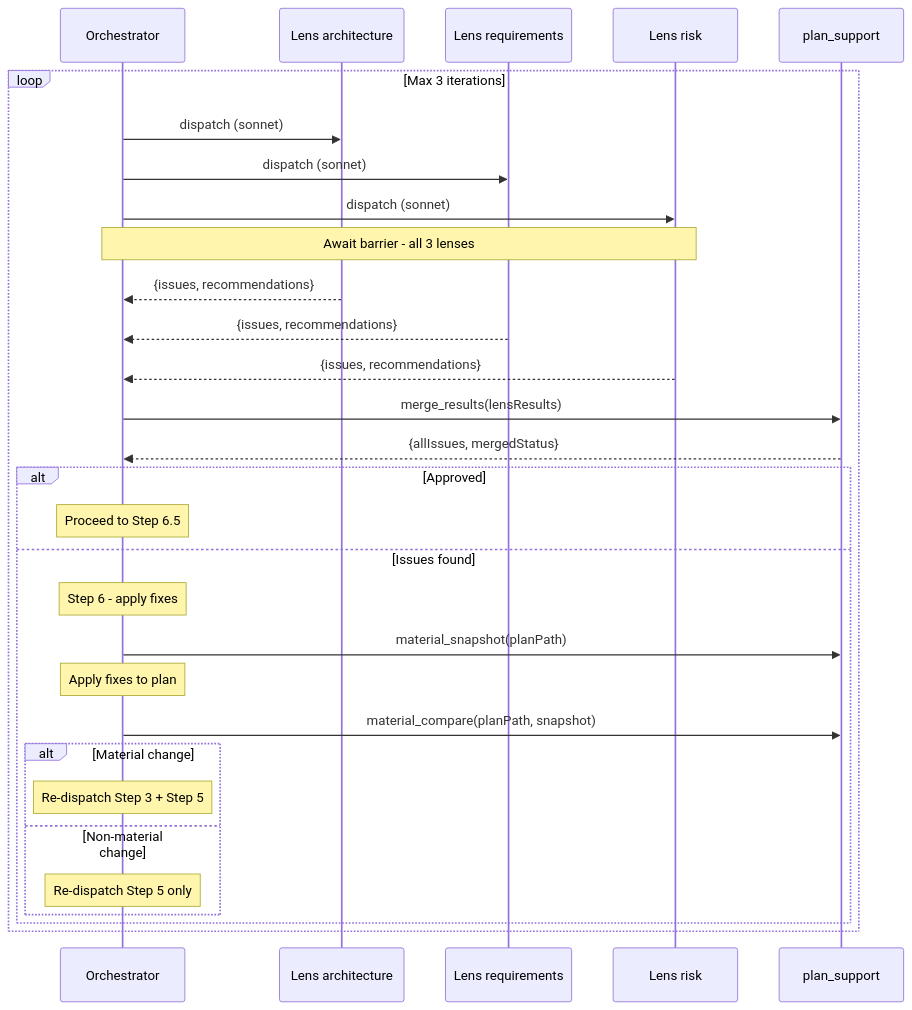
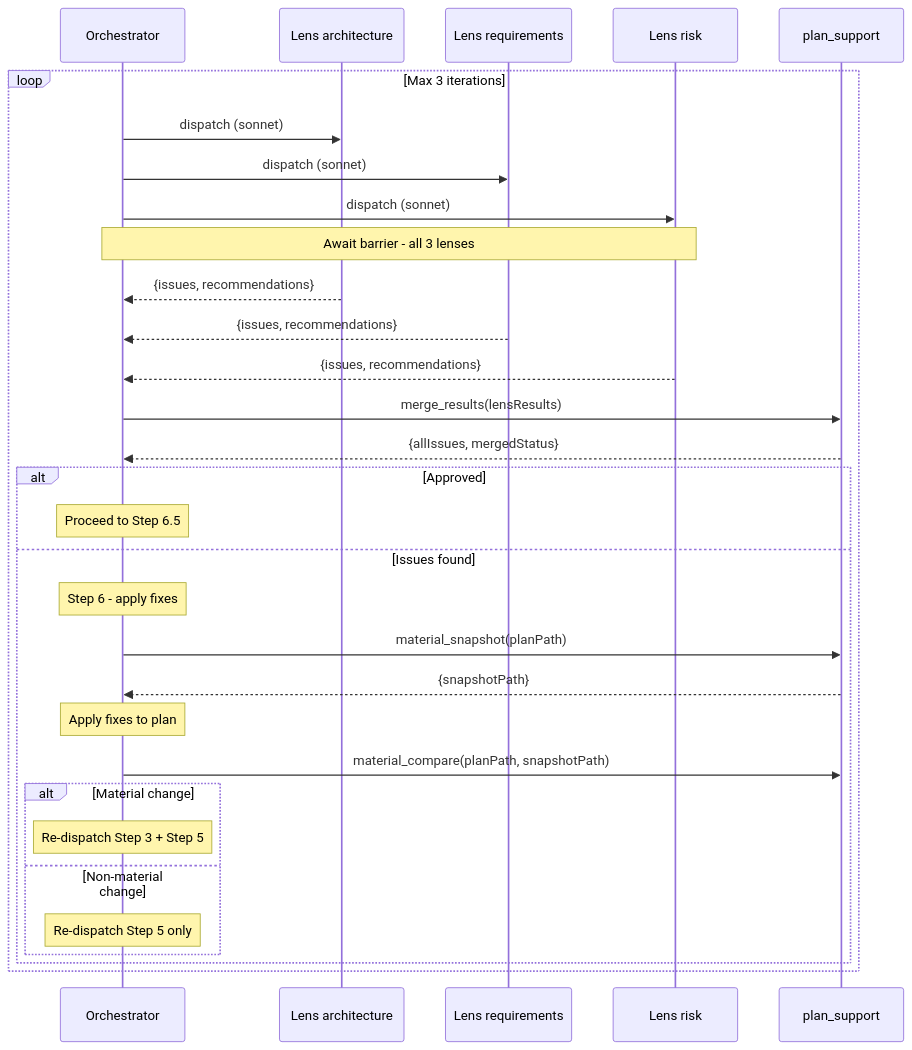
One commit to rnagrodzki/sdlc-plugin changed the third of 4 diagrams in docs/plan-architecture.md. Above: the diagram before and after it, drawn with Mermaid. The commit also changed other lines of this file and 62 other files, not shown here.

````diff
--- a/docs/plan-architecture.md
+++ b/docs/plan-architecture.md
@@ -411,36 +413,37 @@
 ```mermaid
 sequenceDiagram
     participant O as Orchestrator
     participant A as Lens architecture
     participant R as Lens requirements
     participant K as Lens risk
     participant PS as plan_support
 
     loop Max 3 iterations
         O->>A: dispatch (sonnet)
         O->>R: dispatch (sonnet)
         O->>K: dispatch (sonnet)
         Note over O,K: Await barrier - all 3 lenses
 
         A-->>O: {issues, recommendations}
         R-->>O: {issues, recommendations}
         K-->>O: {issues, recommendations}
 
         O->>PS: merge_results(lensResults)
         PS-->>O: {allIssues, mergedStatus}
 
         alt Approved
             Note over O: Proceed to Step 6.5
         else Issues found
             Note over O: Step 6 - apply fixes
             O->>PS: material_snapshot(planPath)
+            PS-->>O: {snapshotPath}
             Note over O: Apply fixes to plan
-            O->>PS: material_compare(planPath, snapshot)
+            O->>PS: material_compare(planPath, snapshotPath)
             alt Material change
                 Note over O: Re-dispatch Step 3 + Step 5
             else Non-material change
                 Note over O: Re-dispatch Step 5 only
             end
         end
     end
 ```
````
